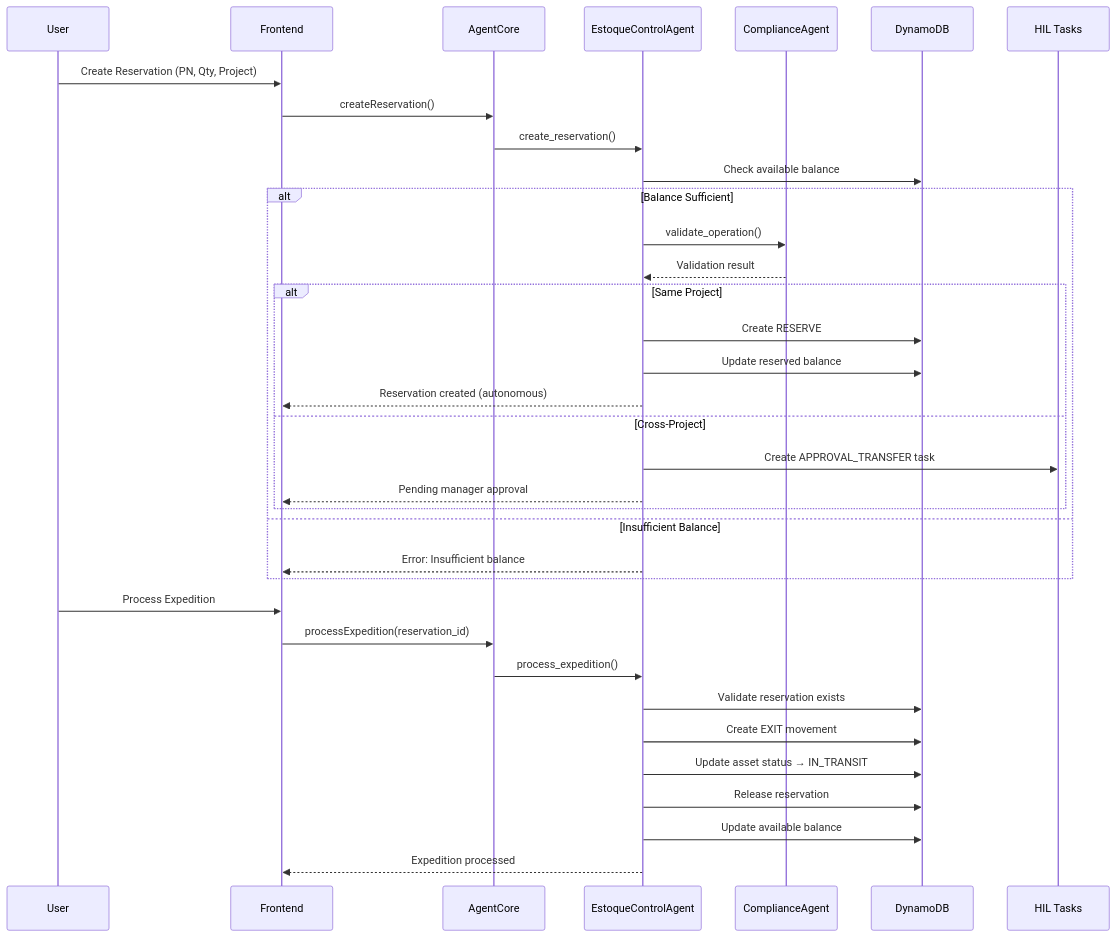
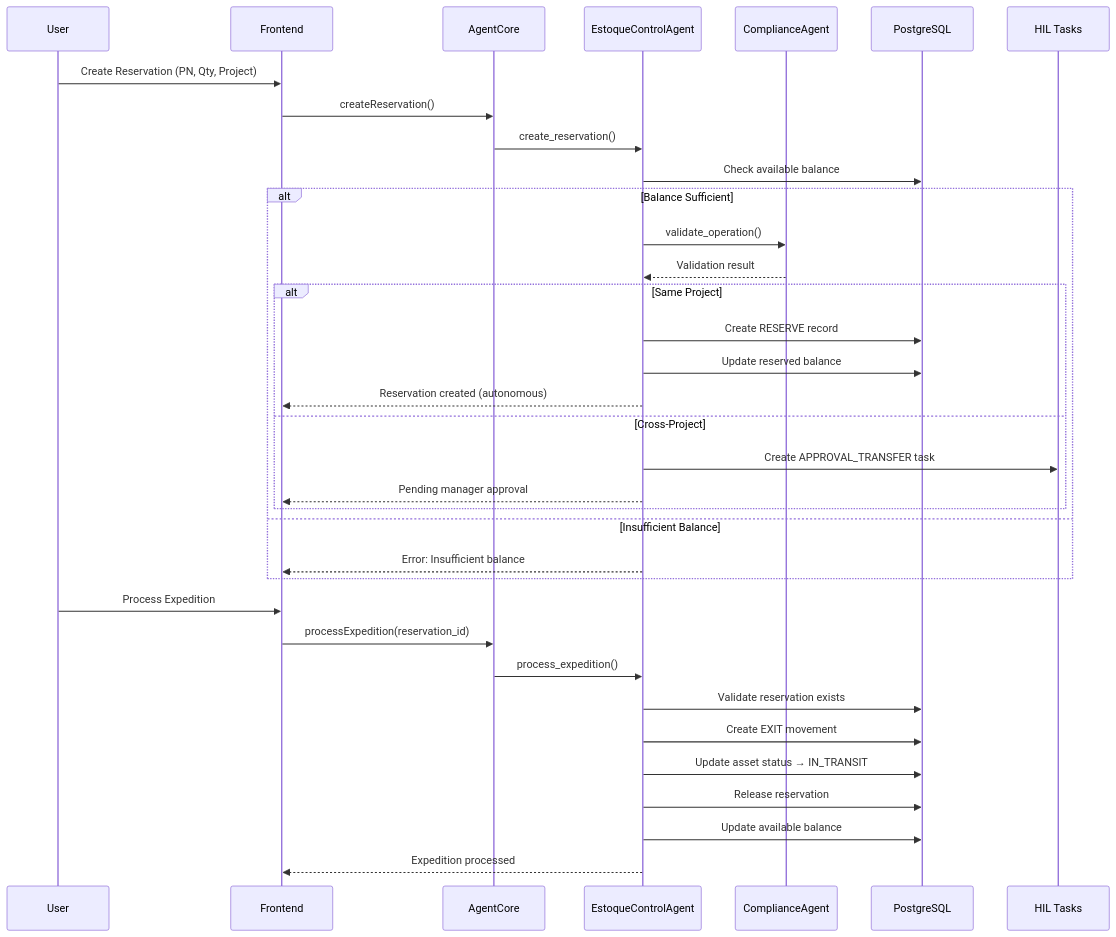
Before and after one commit to LPDigital-Agent/lpd-faiston-allinone: diagram 15 of 20 in docs/architecture/SGA_ESTOQUE_ARCHITECTURE.md, drawn with Mermaid. The commit also changed other lines of this file, not shown here.

First line of the commit message:
📚 docs(architecture): update SGA_ESTOQUE_ARCHITECTURE for TRUE Multi-Agent A2A

````diff
--- a/docs/architecture/SGA_ESTOQUE_ARCHITECTURE.md
+++ b/docs/architecture/SGA_ESTOQUE_ARCHITECTURE.md
@@ -680,43 +905,43 @@
 ```mermaid
 sequenceDiagram
     participant U as User
     participant FE as Frontend
     participant AC as AgentCore
     participant EC as EstoqueControlAgent
     participant CP as ComplianceAgent
-    participant DDB as DynamoDB
+    participant PG as PostgreSQL
     participant HIL as HIL Tasks
 
     %% Reservation
     U->>FE: Create Reservation (PN, Qty, Project)
     FE->>AC: createReservation()
     AC->>EC: create_reservation()
-    EC->>DDB: Check available balance
+    EC->>PG: Check available balance
 
     alt Balance Sufficient
         EC->>CP: validate_operation()
         CP-->>EC: Validation result
 
         alt Same Project
-            EC->>DDB: Create RESERVE#
-            EC->>DDB: Update reserved balance
+            EC->>PG: Create RESERVE record
+            EC->>PG: Update reserved balance
             EC-->>FE: Reservation created (autonomous)
         else Cross-Project
             EC->>HIL: Create APPROVAL_TRANSFER task
             EC-->>FE: Pending manager approval
         end
     else Insufficient Balance
         EC-->>FE: Error: Insufficient balance
     end
 
     %% Expedition
     U->>FE: Process Expedition
     FE->>AC: processExpedition(reservation_id)
     AC->>EC: process_expedition()
-    EC->>DDB: Validate reservation exists
-    EC->>DDB: Create EXIT movement
-    EC->>DDB: Update asset status → IN_TRANSIT
-    EC->>DDB: Release reservation
-    EC->>DDB: Update available balance
+    EC->>PG: Validate reservation exists
+    EC->>PG: Create EXIT movement
+    EC->>PG: Update asset status → IN_TRANSIT
+    EC->>PG: Release reservation
+    EC->>PG: Update available balance
     EC-->>FE: Expedition processed
 ```
````
